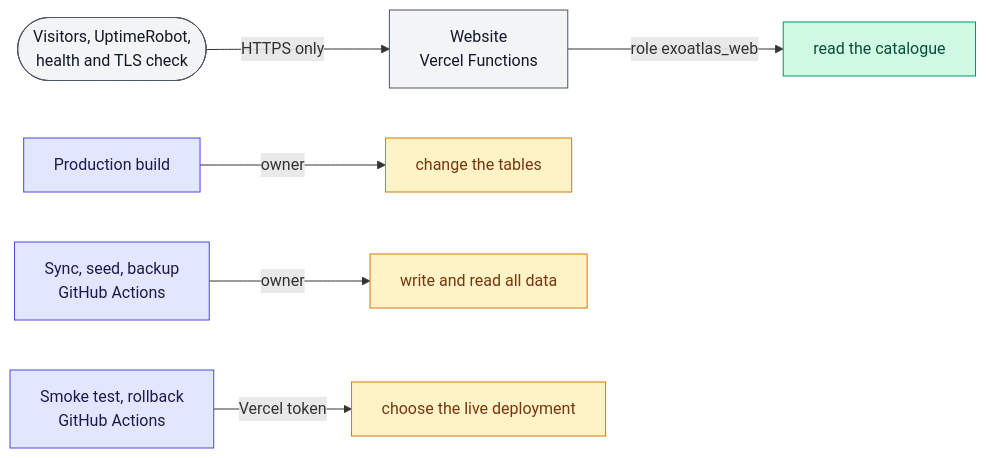
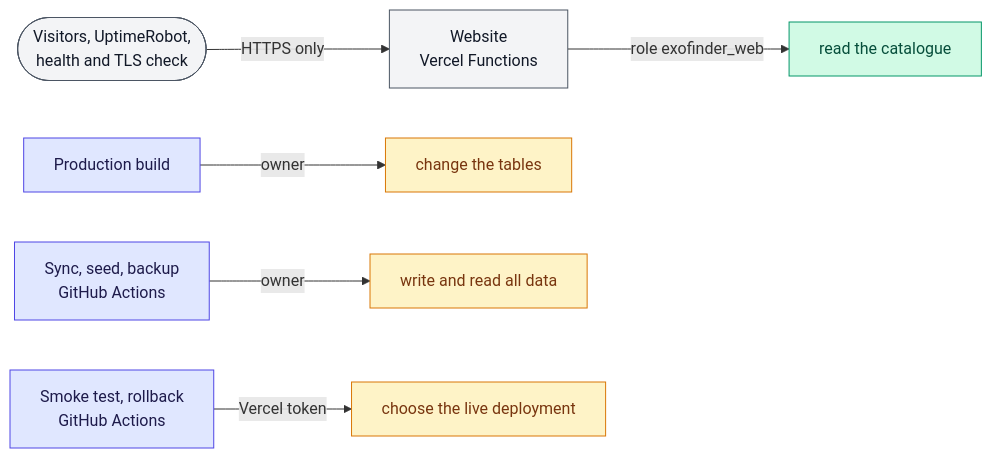
The third of 12 diagrams in docs/ARCHITECTURE.md (tomdevtech/ExoAtlas), drawn with Mermaid before and after one commit. The commit also changed other lines of this file and 67 other files, not shown here.

````diff
--- a/docs/ARCHITECTURE.md
+++ b/docs/ARCHITECTURE.md
@@ -94,14 +94,14 @@
 ```mermaid
 flowchart LR
     Visitors([Visitors, UptimeRobot,<br>health and TLS check]):::who -->|HTTPS only| Site[Website<br>Vercel Functions]:::app
-    Site -->|role exoatlas_web| Read[read the catalogue]:::ro
+    Site -->|role exofinder_web| Read[read the catalogue]:::ro
     Build[Production build]:::job -->|owner| Schema[change the tables]:::rw
     Jobs[Sync, seed, backup<br>GitHub Actions]:::job -->|owner| Data[write and read all data]:::rw
     Deploy[Smoke test, rollback<br>GitHub Actions]:::job -->|Vercel token| Live[choose the live deployment]:::rw
 
     classDef who fill:#f3f4f6,stroke:#4b5563,color:#111827
     classDef app fill:#f3f4f6,stroke:#4b5563,color:#111827
     classDef job fill:#e0e7ff,stroke:#4f46e5,color:#1e1b4b
     classDef ro fill:#d1fae5,stroke:#059669,color:#064e3b
     classDef rw fill:#fef3c7,stroke:#d97706,color:#78350f
 ```
````
